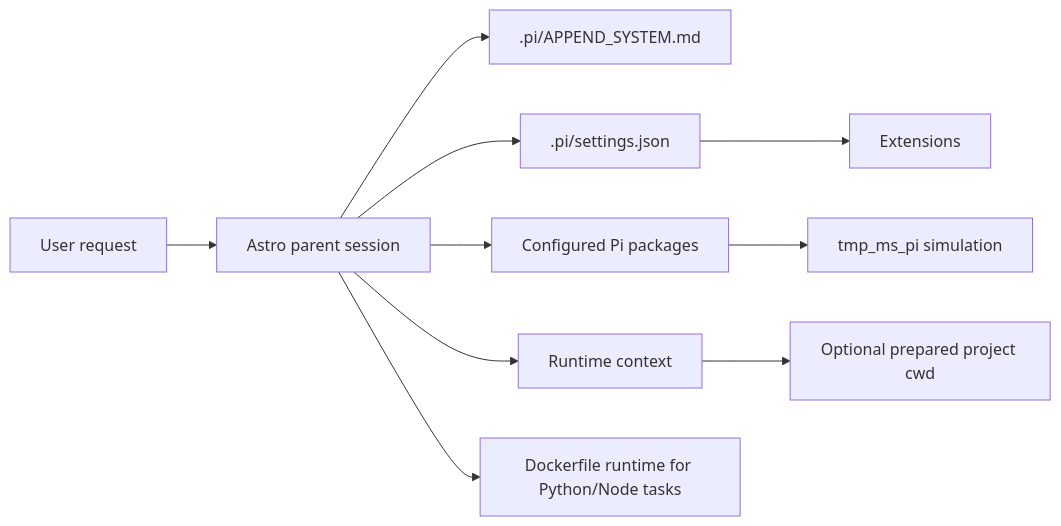
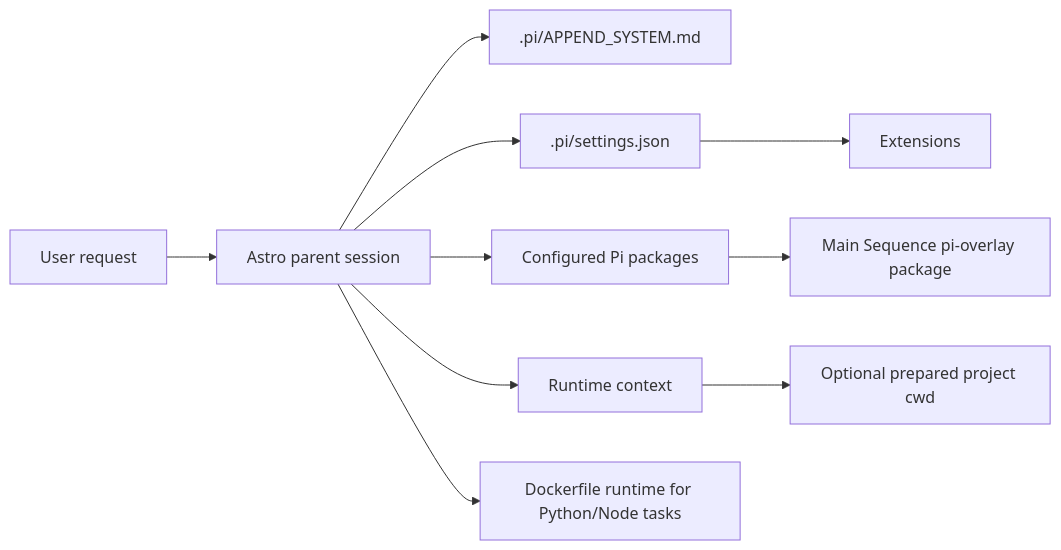
One commit to mainsequence-sdk/ms-tau-sdk changed the diagram in docs/README.md. Above: the diagram before and after it, drawn with Mermaid. The commit also changed 47 other files, not shown here.

````diff
--- a/docs/README.md
+++ b/docs/README.md
@@ -25,15 +25,15 @@
 ```mermaid
 flowchart LR
     U["User request"] --> P["Astro parent session"]
     P --> SYS[".pi/APPEND_SYSTEM.md"]
     P --> SET[".pi/settings.json"]
     SET --> EXT["Extensions"]
 
     P --> PKG["Configured Pi packages"]
-    PKG --> MSPI["tmp_ms_pi simulation"]
+    PKG --> MSPI["Main Sequence pi-overlay package"]
 
     P --> CTX["Runtime context"]
     CTX --> TARGET["Optional prepared project cwd"]
 
     P --> DOCKER["Dockerfile runtime for Python/Node tasks"]
 ```
````
